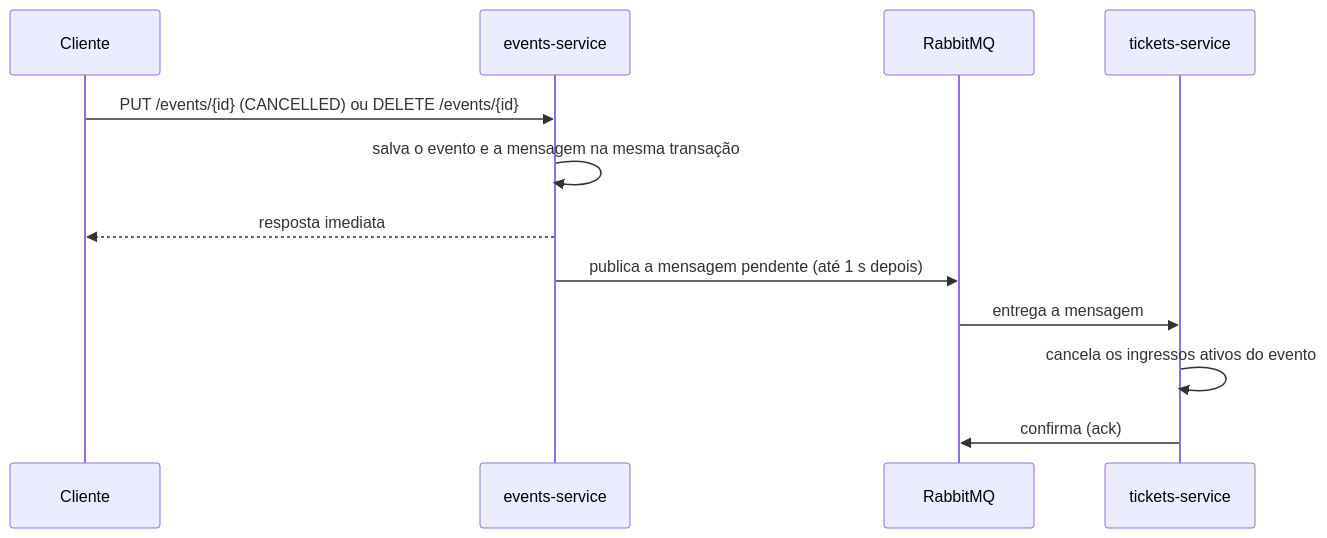
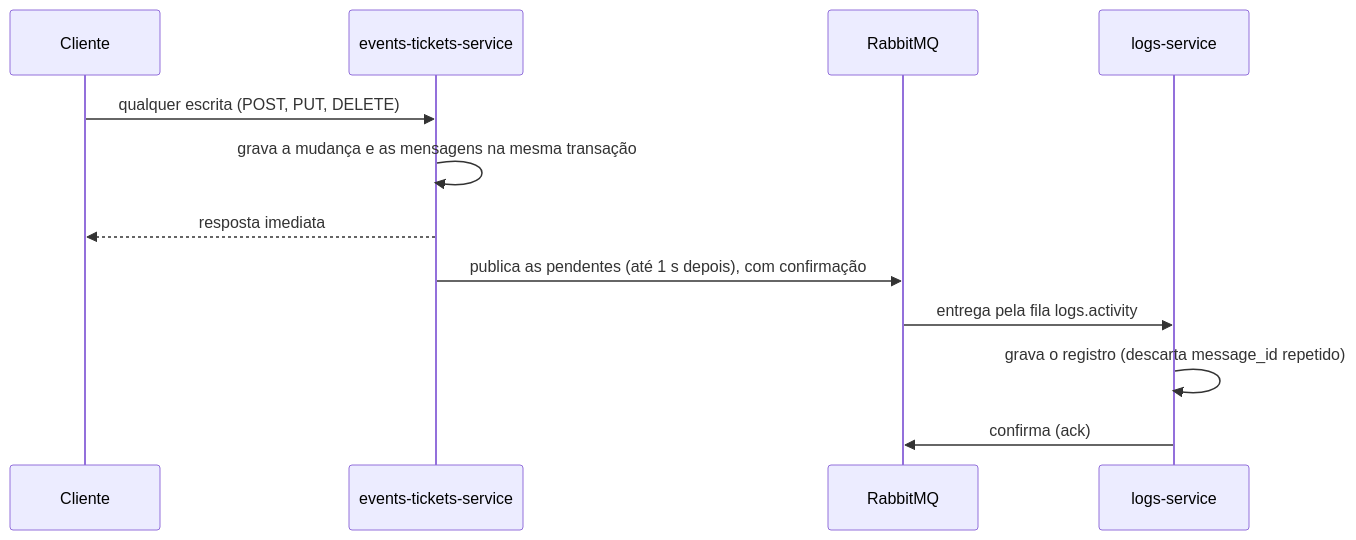
Before and after one commit to Igor-Lazarin-Oliani/events-tickets-ms: the second of 3 diagrams in docs/contratos-api.md, drawn with Mermaid. The commit also changed other lines of this file and 120 other files, not shown here.

````diff
--- a/docs/contratos-api.md
+++ b/docs/contratos-api.md
@@ -121,14 +125,14 @@
 ```mermaid
 sequenceDiagram
     participant C as Cliente
-    participant E as events-service
+    participant S as events-tickets-service
     participant B as RabbitMQ
-    participant T as tickets-service
-    C->>E: PUT /events/{id} (CANCELLED) ou DELETE /events/{id}
-    E->>E: salva o evento e a mensagem na mesma transação
-    E-->>C: resposta imediata
-    E->>B: publica a mensagem pendente (até 1 s depois)
-    B->>T: entrega a mensagem
-    T->>T: cancela os ingressos ativos do evento
-    T->>B: confirma (ack)
+    participant L as logs-service
+    C->>S: qualquer escrita (POST, PUT, DELETE)
+    S->>S: grava a mudança e as mensagens na mesma transação
+    S-->>C: resposta imediata
+    S->>B: publica as pendentes (até 1 s depois), com confirmação
+    B->>L: entrega pela fila logs.activity
+    L->>L: grava o registro (descarta message_id repetido)
+    L->>B: confirma (ack)
 ```
````
